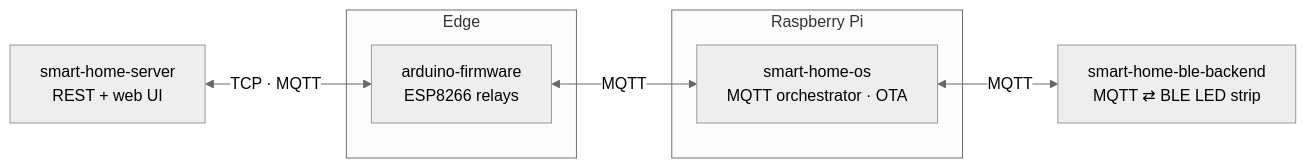
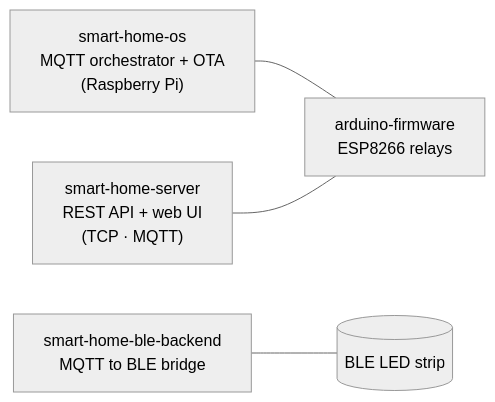
Before and after one commit to rehmanazeem/rehmanazeem: the diagram in README.md, drawn with Mermaid (neutral theme). The commit also changed other lines of this file, not shown here.

Commit message:
Profile README: simplify smart-home diagram to verified relationships

````diff
--- a/README.md
+++ b/README.md
@@ -18,14 +18,7 @@
 ```mermaid
 flowchart LR
-    subgraph Edge
-      FW[arduino-firmware<br/>ESP8266 relays]
-    end
-    subgraph Pi[Raspberry Pi]
-      OS[smart-home-os<br/>MQTT orchestrator · OTA]
-    end
-    SRV[smart-home-server<br/>REST + web UI]
-    BLE[smart-home-ble-backend<br/>MQTT ⇄ BLE LED strip]
-    FW <-->|MQTT| OS
-    SRV <-->|TCP · MQTT| FW
-    OS <-->|MQTT| BLE
+    OS["smart-home-os<br/>MQTT orchestrator + OTA<br/>(Raspberry Pi)"] --- FW
+    SRV["smart-home-server<br/>REST API + web UI<br/>(TCP · MQTT)"] --- FW
+    BLE["smart-home-ble-backend<br/>MQTT to BLE bridge"] --- LED[(BLE LED strip)]
+    FW["arduino-firmware<br/>ESP8266 relays"]
 ```
````
